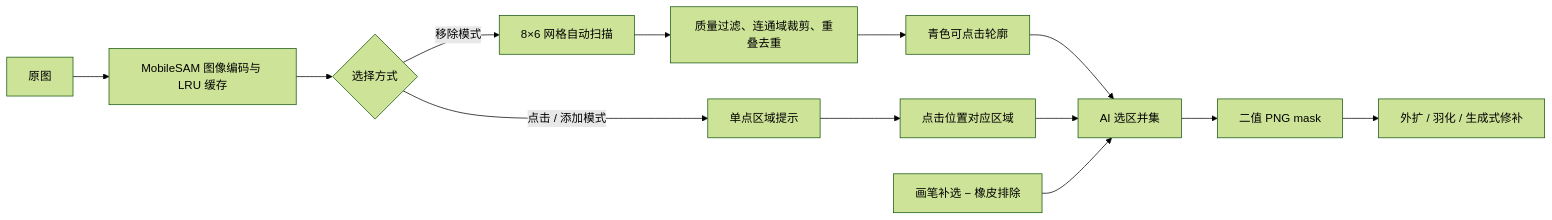
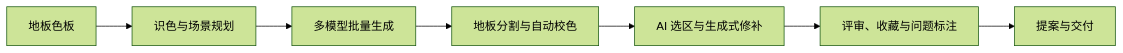
The first of 2 diagrams in README.md (Bok1-YY/Floor_rendering_engine), drawn with Mermaid (forest theme) before and after one commit. The commit also changed other lines of this file and 10 other files, not shown here.

````diff
--- a/README.md
+++ b/README.md
@@ -40,15 +41,9 @@
 ```mermaid
 flowchart LR
-    A[原图] --> B[MobileSAM 图像编码与 LRU 缓存]
-    B --> C{选择方式}
-    C -->|移除模式| D[8×6 网格自动扫描]
-    C -->|点击 / 添加模式| E[单点区域提示]
-    D --> F[质量过滤、连通域裁剪、重叠去重]
-    F --> G[青色可点击轮廓]
-    E --> H[点击位置对应区域]
-    G --> I[AI 选区并集]
-    H --> I
-    J[画笔补选 − 橡皮排除] --> I
-    I --> K[二值 PNG mask]
-    K --> L[外扩 / 羽化 / 生成式修补]
+    A[地板色板] --> B[识色与场景规划]
+    B --> C[多模型批量生成]
+    C --> D[地板分割与自动校色]
+    D --> E[AI 选区与生成式修补]
+    E --> F[评审、收藏与问题标注]
+    F --> G[提案与交付]
 ```
````
